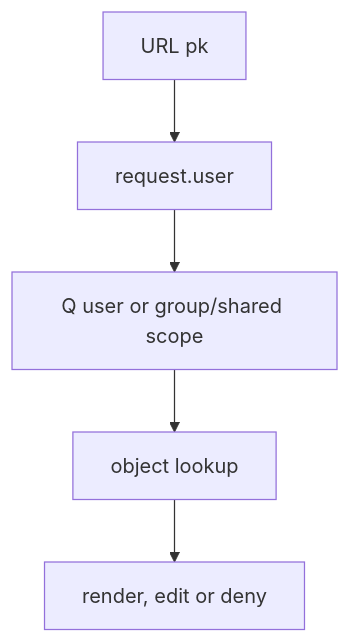
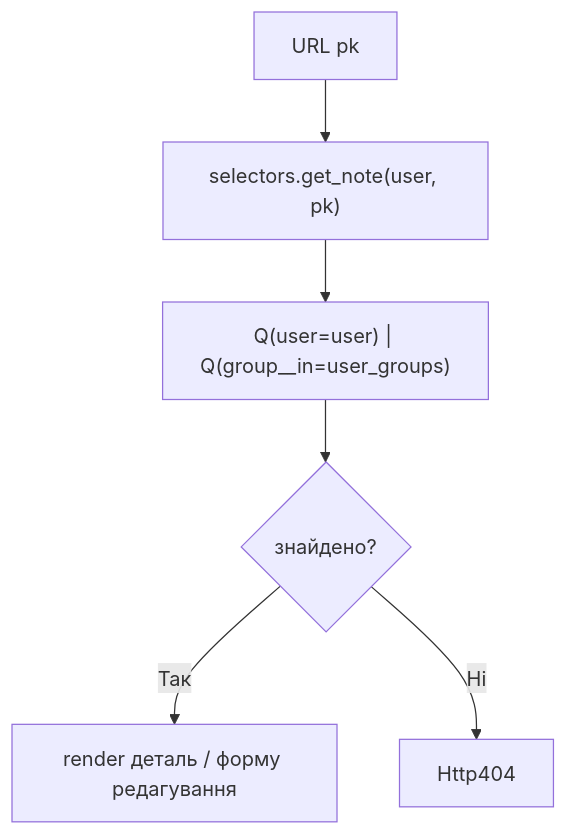
Before and after one commit to NikoriakViktot/notes_chat_app: the second of 5 diagrams in docs/12_final_project/request_flows.md, drawn with Mermaid. The commit also changed other lines of this file and 179 other files, not shown here.

````diff
--- a/docs/12_final_project/request_flows.md
+++ b/docs/12_final_project/request_flows.md
@@ -19,7 +36,8 @@
 ```mermaid
 flowchart TD
-pk["URL pk"] --> user["request.user"]
-user --> qs["Q user or group/shared scope"]
-qs --> object["object lookup"]
-object --> allowed["render, edit or deny"]
+    pk["URL pk"] --> Filter["selectors.get_note(user, pk)"]
+    Filter --> Q["Q(user=user) | Q(group__in=user_groups)"]
+    Q --> Found{"знайдено?"}
+    Found -->|Так| Render["render деталь / форму редагування"]
+    Found -->|Ні| 404["Http404"]
 ```
````
